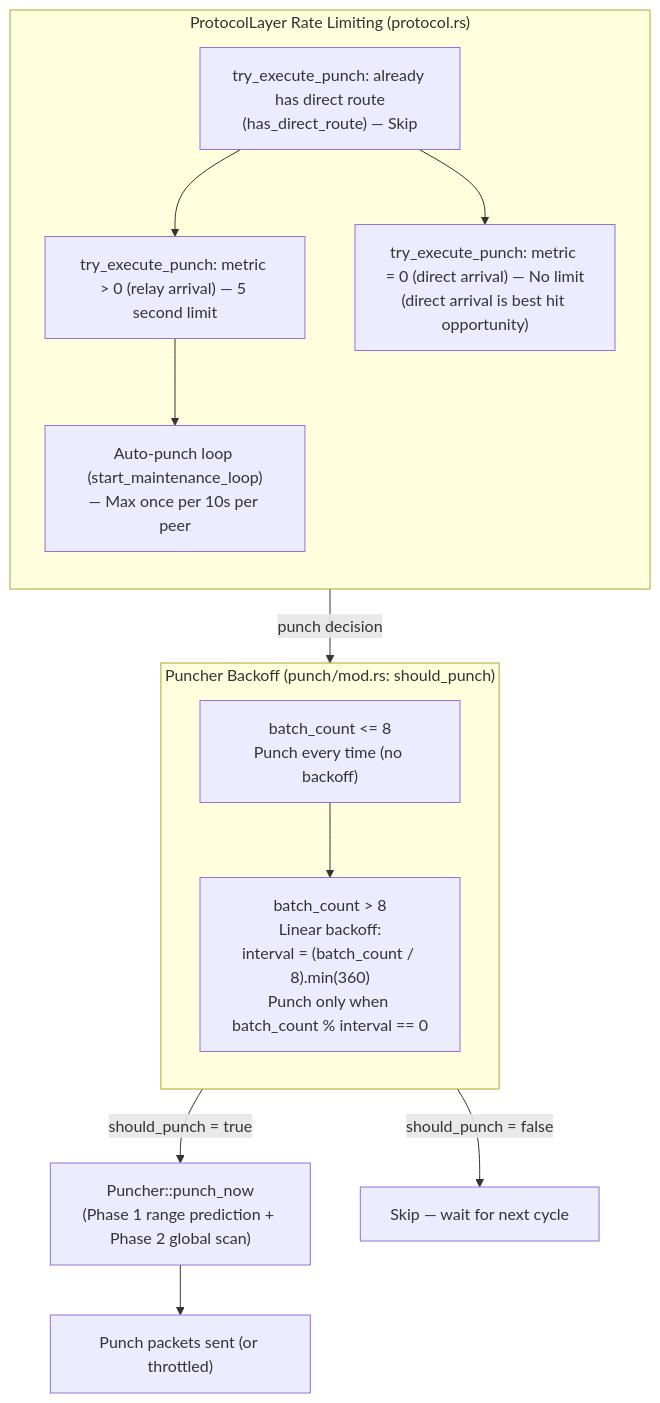
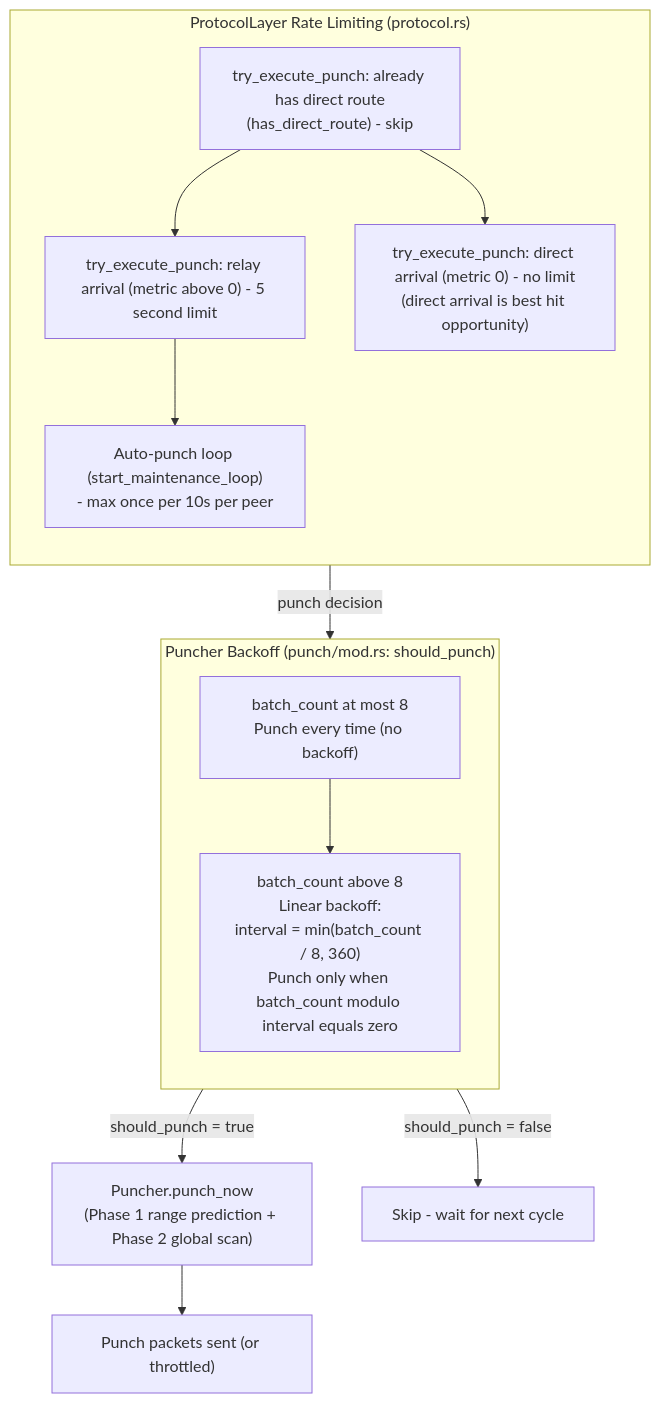
Before and after one commit to rustp2p/rustp2p: diagram 15 of 27 in docs/nat-punch-principles.md, drawn with Mermaid. The commit also changed other lines of this file, not shown here.

First line of the commit message:
docs: 修正 nat-punch-principles 中 Mermaid 连线语法渲染错误 (#24)

````diff
--- a/docs/nat-punch-principles.md
+++ b/docs/nat-punch-principles.md
@@ -498,25 +498,25 @@
 ```mermaid
 flowchart TD
     subgraph PL["ProtocolLayer Rate Limiting (protocol.rs)"]
         direction TB
-        DIRECT["try_execute_punch: already has direct route<br/>(has_direct_route) — Skip"]
-        RELAY["try_execute_punch: metric &gt; 0 (relay arrival) — 5 second limit"]
-        DIRECT_PUNCH["try_execute_punch: metric = 0 (direct arrival) — No limit<br/>(direct arrival is best hit opportunity)"]
-        AUTO["Auto-punch loop (start_maintenance_loop)<br/>— Max once per 10s per peer"]
+        DIRECT["try_execute_punch: already has direct route<br/>(has_direct_route) - skip"]
+        RELAY["try_execute_punch: relay arrival (metric above 0) - 5 second limit"]
+        DIRECT_PUNCH["try_execute_punch: direct arrival (metric 0) - no limit<br/>(direct arrival is best hit opportunity)"]
+        AUTO["Auto-punch loop (start_maintenance_loop)<br/>- max once per 10s per peer"]
         DIRECT --> RELAY
         DIRECT --> DIRECT_PUNCH
         RELAY --> AUTO
     end
 
     subgraph PU["Puncher Backoff (punch/mod.rs: should_punch)"]
         direction TB
-        FIRST["batch_count &lt;= 8<br/>Punch every time (no backoff)"]
-        BACK["batch_count &gt; 8<br/>Linear backoff:<br/>interval = (batch_count / 8).min(360)<br/>Punch only when batch_count % interval == 0"]
+        FIRST["batch_count at most 8<br/>Punch every time (no backoff)"]
+        BACK["batch_count above 8<br/>Linear backoff:<br/>interval = min(batch_count / 8, 360)<br/>Punch only when batch_count modulo interval equals zero"]
         FIRST --> BACK
     end
 
     PL -->|"punch decision"| PU
-    PU -->|"should_punch = true"| EXEC["Puncher::punch_now<br/>(Phase 1 range prediction + Phase 2 global scan)"]
-    PU -->|"should_punch = false"| NOP["Skip — wait for next cycle"]
+    PU -->|"should_punch = true"| EXEC["Puncher.punch_now<br/>(Phase 1 range prediction + Phase 2 global scan)"]
+    PU -->|"should_punch = false"| NOP["Skip - wait for next cycle"]
     EXEC --> DONE["Punch packets sent (or throttled)"]
 ```
````
